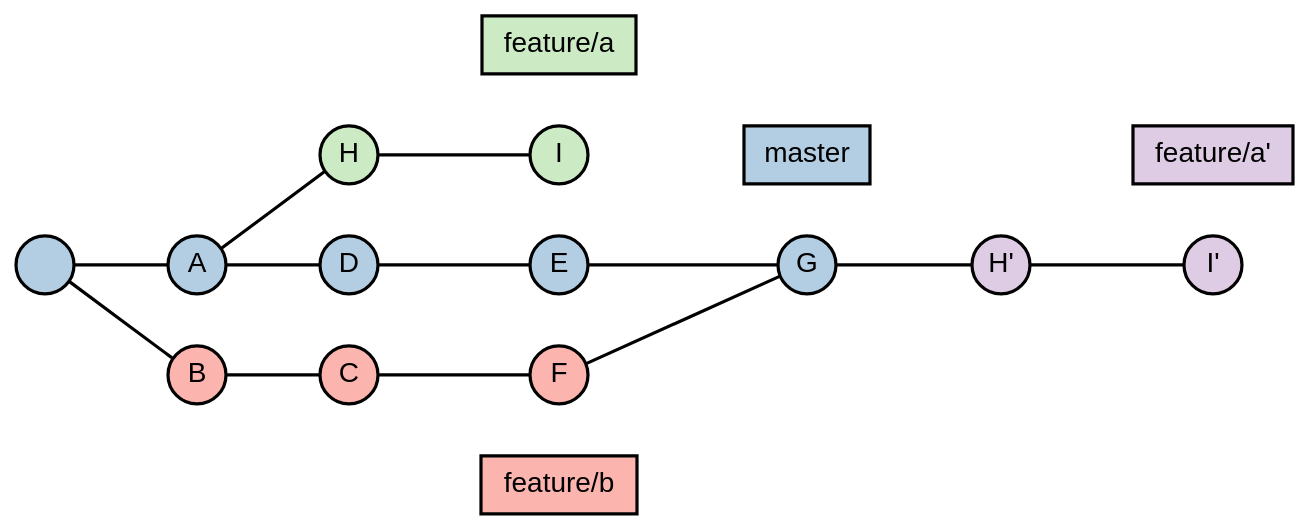
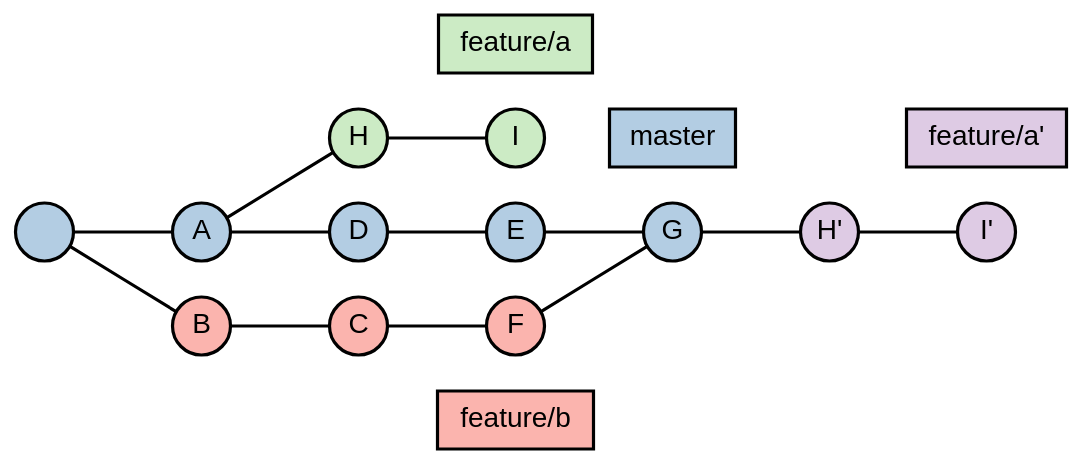
The diagram in Demo.md (resamsel/impress.me), drawn with Graphviz before and after one commit. The commit also changed other lines of this file and 3 other files, not shown here.

````diff
--- a/Demo.md
+++ b/Demo.md
@@ -73,56 +73,55 @@
 ```dot,render
 digraph G {
-    size = "16,9";
-    ratio = expand;
     rankdir = "LR";
+    ranksep = "0 equally";
     bgcolor = "transparent";
 
     node [
         width = 0.4
         height = 0.4
         fixedsize = shape
         shape = circle
         color = black
         fontcolor = black
         penwidth = 1.6
         style = filled
         colorscheme = "pastel19"
         shape = circle
         fixedsize = shape
         fontname = "PT Sans,sans-serif"
     ];
 
     edge [
         weight = 2
         color = black
         arrowhead = none
         penwidth = 1.6
         splines = curved
     ];
 
     node [group = master fillcolor = 2];
     " " -> A -> D -> E -> G;
     node [group = "feature-a" fillcolor = 3];
     A -> H -> I;
     node [group = "feature-a'" fillcolor = 4];
     G -> "H'" -> "I'";
     node [group = "feature-b" fillcolor = 1];
     " " -> B -> C -> F -> G;
 
     node [shape = box fixedsize = false];
     edge [penwidth = 0];
 
     node [fillcolor = 2];
     "master" -> G;
     {rank = same; G; "master";}
     node [fillcolor = 3];
     "feature/a" -> I;
     {rank = same; I; "feature/a";}
     node [fillcolor = 4];
     "feature/a'" -> "I'";
     {rank = same; "I'"; "feature/a'";}
     node [fillcolor = 1];
     F -> "feature/b";
     {rank = same; F; "feature/b";}
 }
 ```
````
